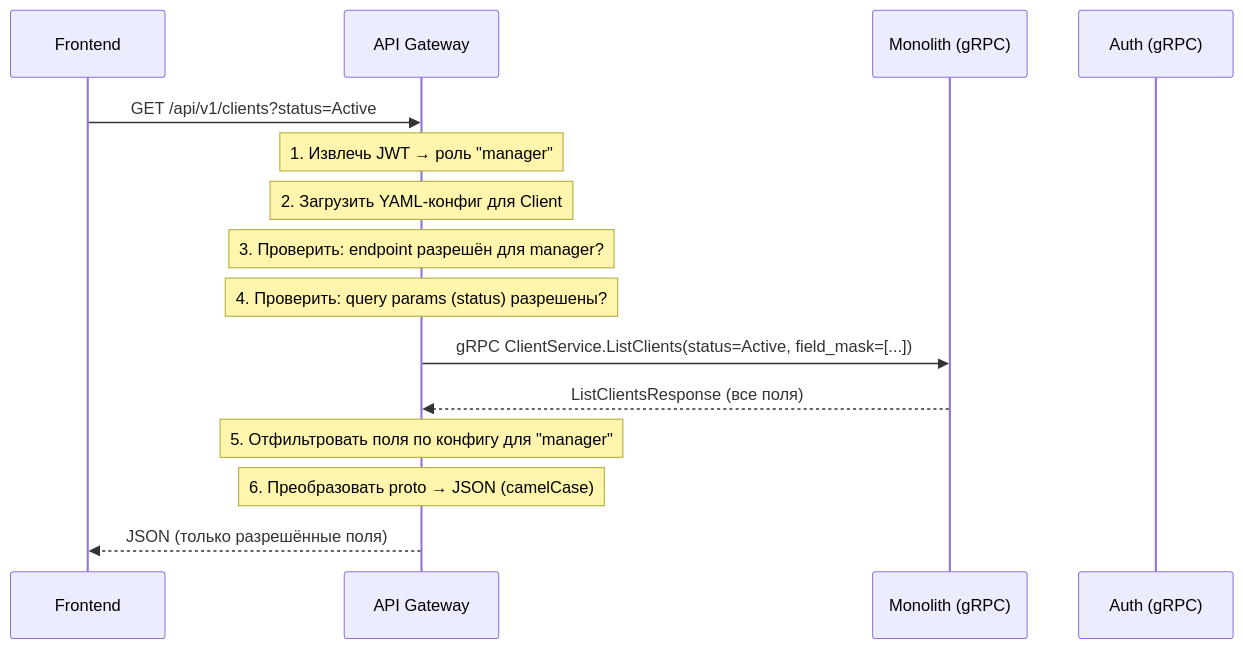
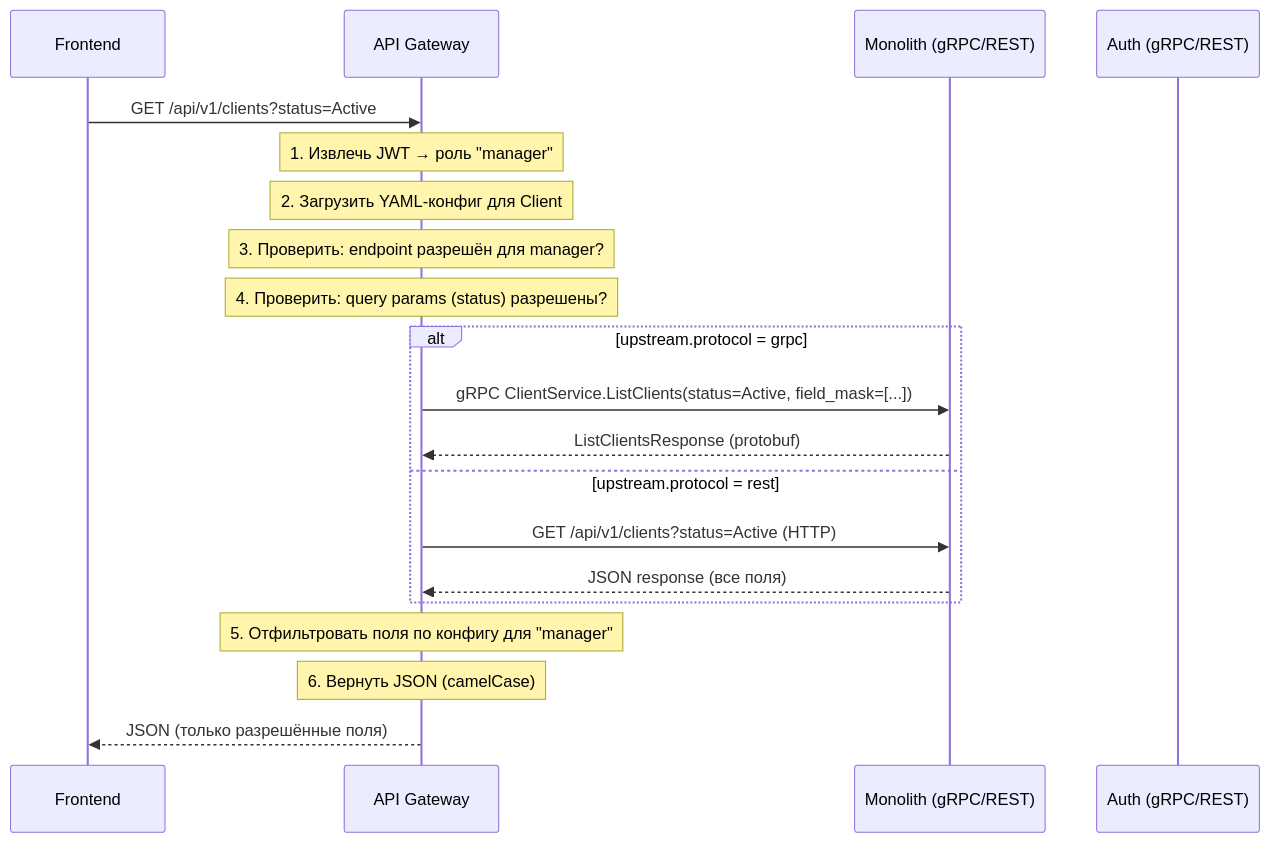
One commit to bebeleeloo/backoffice changed the first of 2 diagrams in docs/architecture/10-api-gateway.md. Above: the diagram before and after it, drawn with Mermaid. The commit also changed other lines of this file, not shown here.

First line of the commit message:
Update API Gateway doc: React Admin UI, dual-protocol upstreams

````diff
--- a/docs/architecture/10-api-gateway.md
+++ b/docs/architecture/10-api-gateway.md
@@ -57,18 +57,23 @@
 ```mermaid
 sequenceDiagram
     participant FE as Frontend
     participant GW as API Gateway
-    participant M as Monolith (gRPC)
-    participant A as Auth (gRPC)
+    participant M as Monolith (gRPC/REST)
+    participant A as Auth (gRPC/REST)
 
     FE->>GW: GET /api/v1/clients?status=Active
     Note over GW: 1. Извлечь JWT → роль "manager"
     Note over GW: 2. Загрузить YAML-конфиг для Client
     Note over GW: 3. Проверить: endpoint разрешён для manager?
     Note over GW: 4. Проверить: query params (status) разрешены?
-    GW->>M: gRPC ClientService.ListClients(status=Active, field_mask=[...])
-    M-->>GW: ListClientsResponse (все поля)
+    alt upstream.protocol = grpc
+        GW->>M: gRPC ClientService.ListClients(status=Active, field_mask=[...])
+        M-->>GW: ListClientsResponse (protobuf)
+    else upstream.protocol = rest
+        GW->>M: GET /api/v1/clients?status=Active (HTTP)
+        M-->>GW: JSON response (все поля)
+    end
     Note over GW: 5. Отфильтровать поля по конфигу для "manager"
-    Note over GW: 6. Преобразовать proto → JSON (camelCase)
+    Note over GW: 6. Вернуть JSON (camelCase)
     GW-->>FE: JSON (только разрешённые поля)
 ```
````
